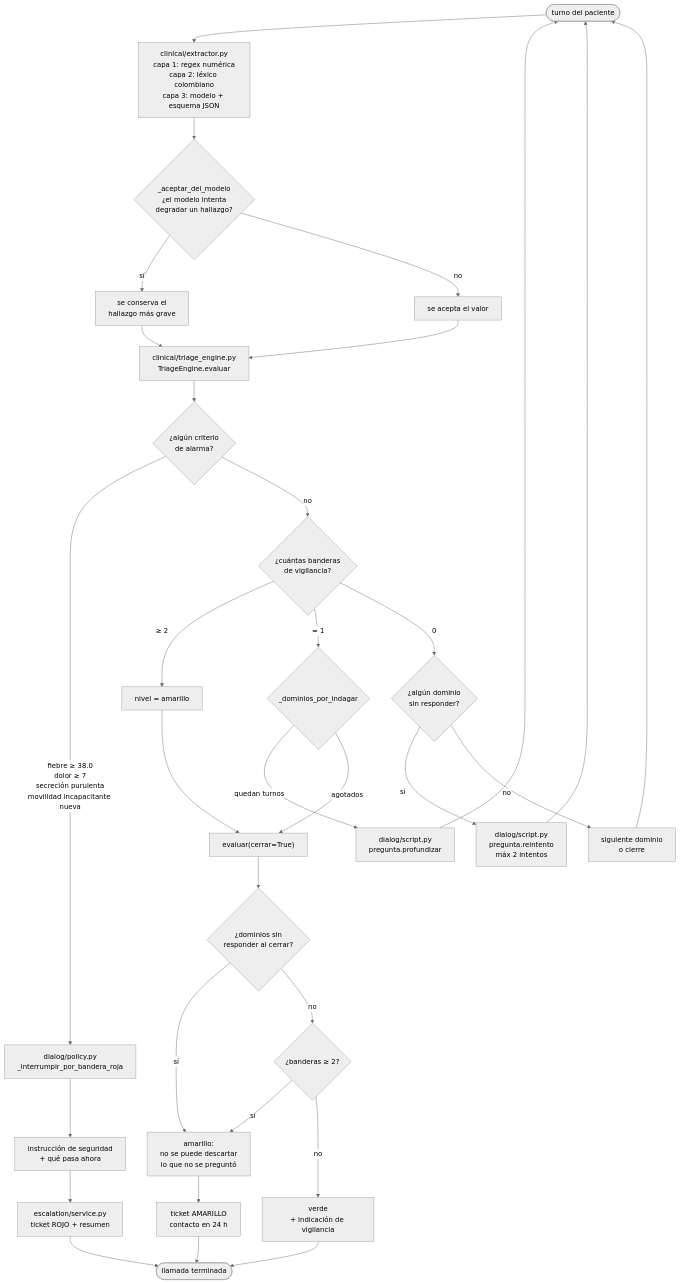
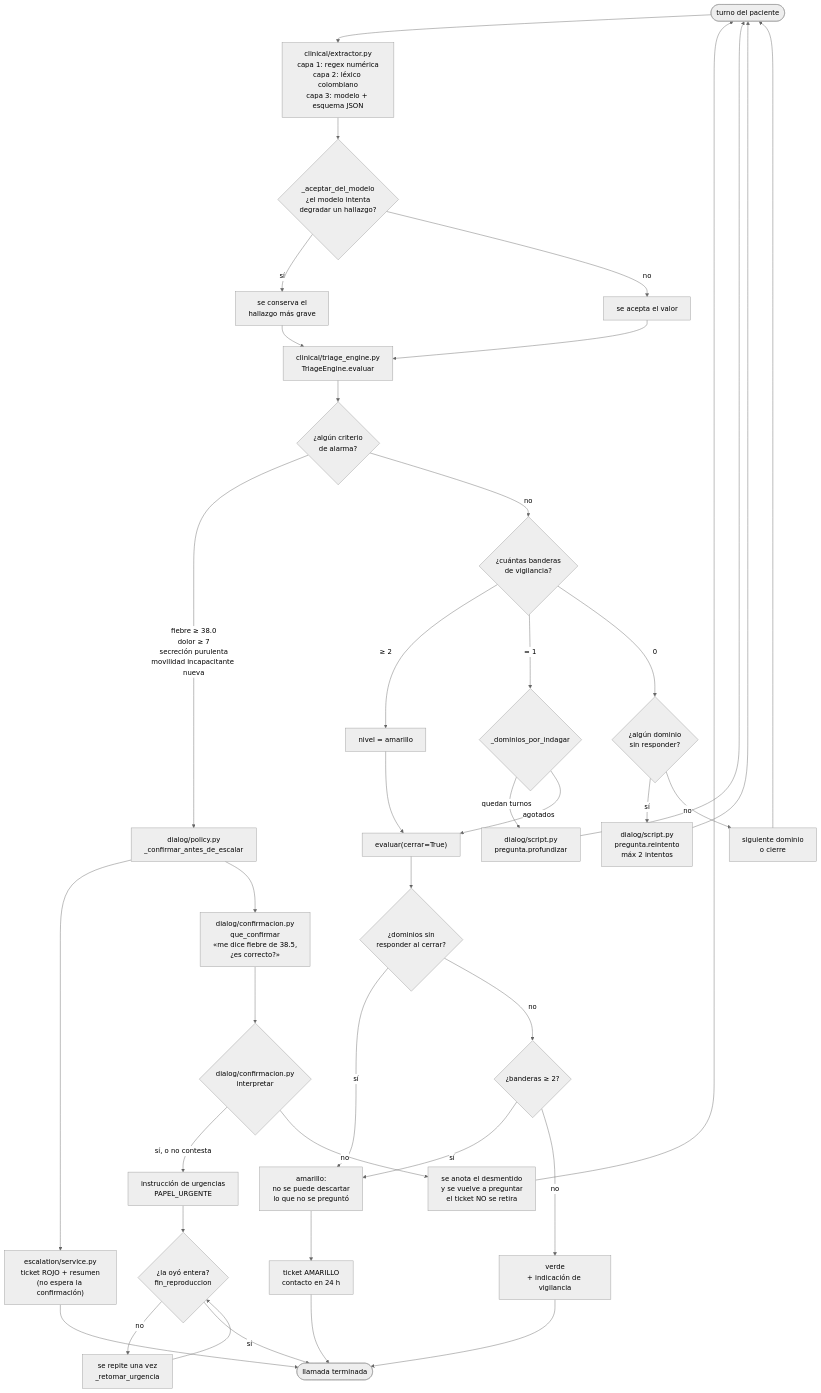
One commit to JuanMCanchala/centinela changed the third of 7 diagrams in docs/arquitectura.md. Above: the diagram before and after it, drawn with Mermaid (neutral theme). The commit also changed other lines of this file and 43 other files, not shown here.

````diff
--- a/docs/arquitectura.md
+++ b/docs/arquitectura.md
@@ -145,42 +145,50 @@
 ```mermaid
 flowchart TB
     START(["turno del paciente"]) --> EXTR["clinical/extractor.py<br/>capa 1: regex numérica<br/>capa 2: léxico colombiano<br/>capa 3: modelo + esquema JSON"]
 
     EXTR --> SEG{"_aceptar_del_modelo<br/>¿el modelo intenta<br/>degradar un hallazgo?"}
     SEG -->|sí| RECHAZA["se conserva el<br/>hallazgo más grave"]
     SEG -->|no| ACEPTA["se acepta el valor"]
     RECHAZA --> EVAL
     ACEPTA --> EVAL
 
     EVAL["clinical/triage_engine.py<br/>TriageEngine.evaluar"] --> ROJO{"¿algún criterio<br/>de alarma?"}
 
-    ROJO -->|"fiebre ≥ 38.0<br/>dolor ≥ 7<br/>secreción purulenta<br/>movilidad incapacitante nueva"| INT["dialog/policy.py<br/>_interrumpir_por_bandera_roja"]
-    INT --> INSTR["instrucción de seguridad<br/>+ qué pasa ahora"]
-    INSTR --> TICKET["escalation/service.py<br/>ticket ROJO + resumen"]
-    TICKET --> FIN(["llamada terminada"])
+    ROJO -->|"fiebre ≥ 38.0<br/>dolor ≥ 7<br/>secreción purulenta<br/>movilidad incapacitante nueva"| INT["dialog/policy.py<br/>_confirmar_antes_de_escalar"]
+    INT --> TICKET["escalation/service.py<br/>ticket ROJO + resumen<br/>(no espera la confirmación)"]
+    INT --> LEER["dialog/confirmacion.py<br/>que_confirmar<br/>«me dice fiebre de 38.5,<br/>¿es correcto?»"]
+    LEER --> RESP{"dialog/confirmacion.py<br/>interpretar"}
+    RESP -->|"sí, o no contesta"| INSTR["instrucción de urgencias<br/>PAPEL_URGENTE"]
+    RESP -->|no| DESM["se anota el desmentido<br/>y se vuelve a preguntar<br/>el ticket NO se retira"]
+    DESM --> START
+    INSTR --> OIDA{"¿la oyó entera?<br/>fin_reproduccion"}
+    OIDA -->|no| REPITE["se repite una vez<br/>_retomar_urgencia"]
+    REPITE --> OIDA
+    OIDA -->|sí| FIN(["llamada terminada"])
+    TICKET --> FIN
 
     ROJO -->|no| CUENTA{"¿cuántas banderas<br/>de vigilancia?"}
 
     CUENTA -->|"≥ 2"| AMARILLO["nivel = amarillo"]
     CUENTA -->|"= 1"| INDAGA{"_dominios_por_indagar"}
     CUENTA -->|"0"| FALTA{"¿algún dominio<br/>sin responder?"}
 
     INDAGA -->|"quedan turnos"| PROF["dialog/script.py<br/>pregunta.profundizar"]
     INDAGA -->|"agotados"| CIERRA
     PROF --> START
 
     FALTA -->|sí| REPREGUNTA["dialog/script.py<br/>pregunta.reintento<br/>máx 2 intentos"]
     FALTA -->|no| SIGUIENTE["siguiente dominio<br/>o cierre"]
     REPREGUNTA --> START
     SIGUIENTE --> START
 
     AMARILLO --> CIERRA["evaluar(cerrar=True)"]
     CIERRA --> CIERRE_FALTA{"¿dominios sin<br/>responder al cerrar?"}
     CIERRE_FALTA -->|sí| ESC_AM["amarillo:<br/>no se puede descartar<br/>lo que no se preguntó"]
     CIERRE_FALTA -->|no| RESUELVE{"¿banderas ≥ 2?"}
     RESUELVE -->|sí| ESC_AM
     RESUELVE -->|no| VERDE["verde<br/>+ indicación de vigilancia"]
     ESC_AM --> TICKET2["ticket AMARILLO<br/>contacto en 24 h"]
     TICKET2 --> FIN
     VERDE --> FIN
 ```
````
